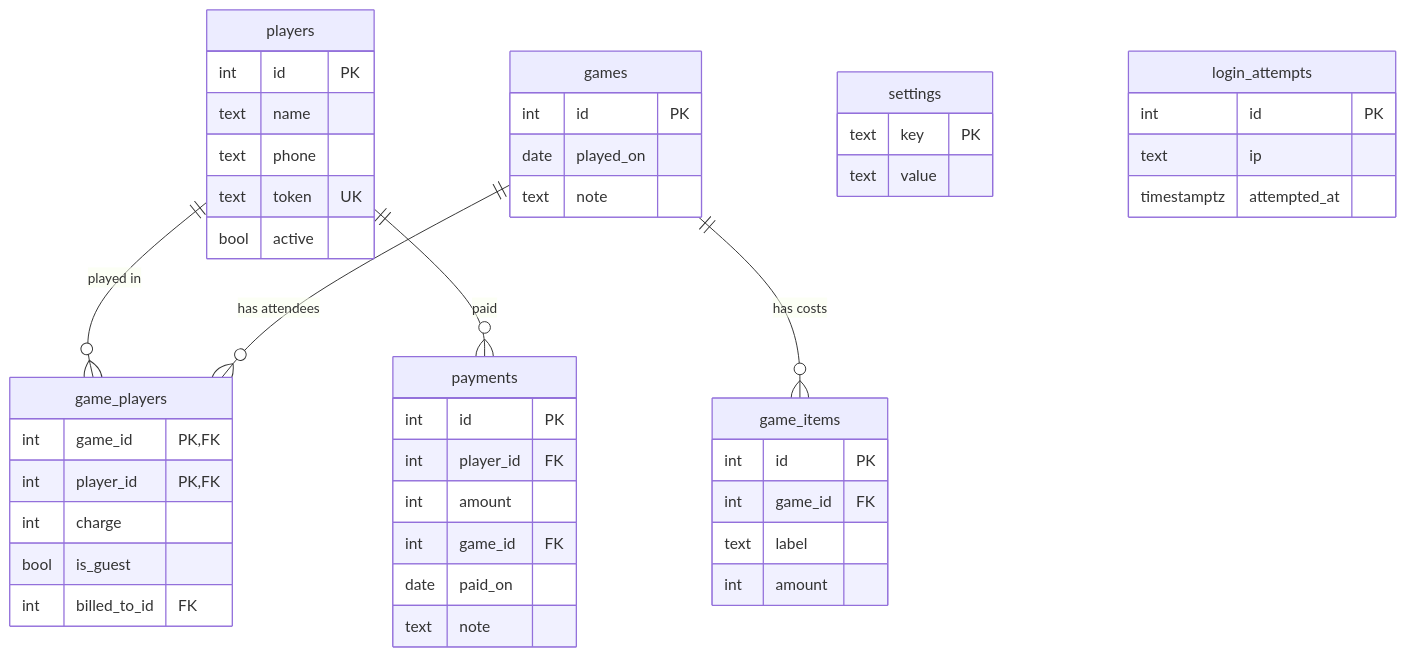
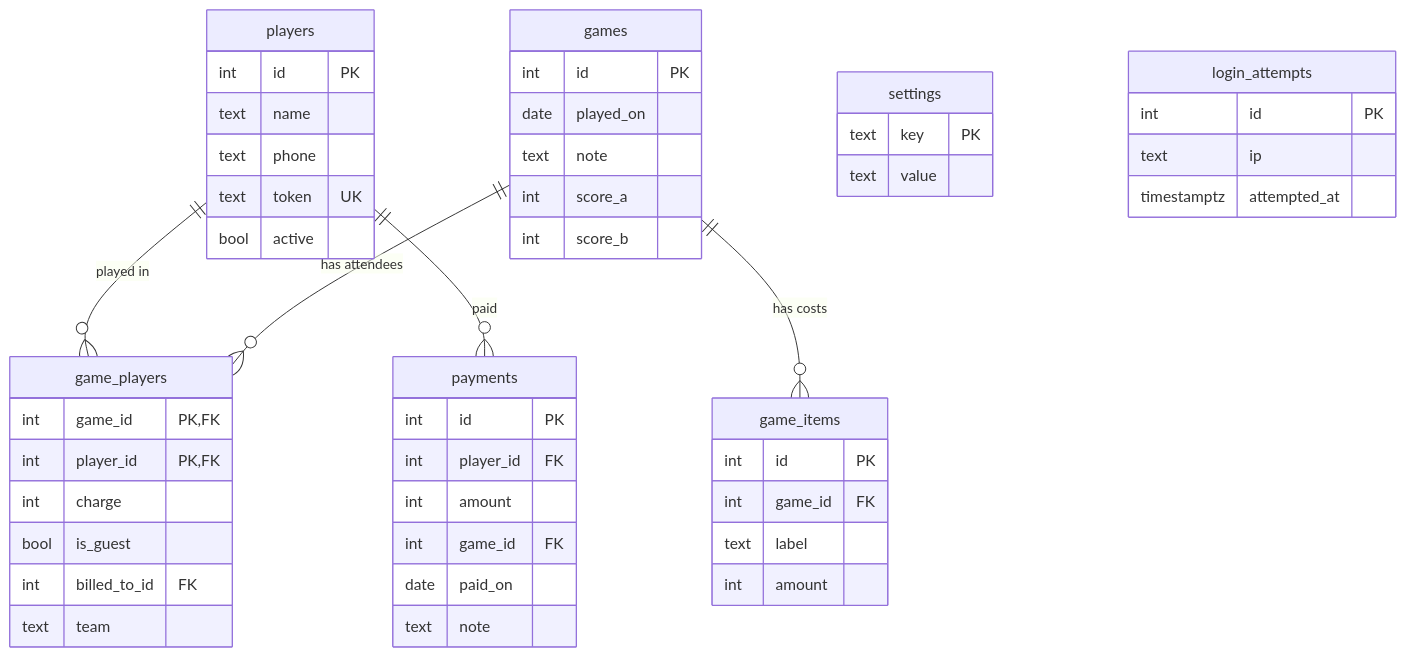
Before and after one commit to zinx110/turftab: the diagram in README.md, drawn with Mermaid. The commit also changed other lines of this file and 28 other files, not shown here.

````diff
--- a/README.md
+++ b/README.md
@@ -47,50 +48,53 @@
 ```mermaid
 erDiagram
     players ||--o{ game_players : "played in"
     games   ||--o{ game_players : "has attendees"
     games   ||--o{ game_items   : "has costs"
     players ||--o{ payments     : "paid"
 
     players {
         int id PK
         text name
         text phone
         text token UK
         bool active
     }
     games {
         int id PK
         date played_on
         text note
+        int score_a
+        int score_b
     }
     game_items {
         int id PK
         int game_id FK
         text label
         int amount
     }
     game_players {
         int game_id PK, FK
         int player_id PK, FK
         int charge
         bool is_guest
         int billed_to_id FK
+        text team
     }
     payments {
         int id PK
         int player_id FK
         int amount
         int game_id FK
         date paid_on
         text note
     }
     settings {
         text key PK
         text value
     }
     login_attempts {
         int id PK
         text ip
         timestamptz attempted_at
     }
 ```
````
